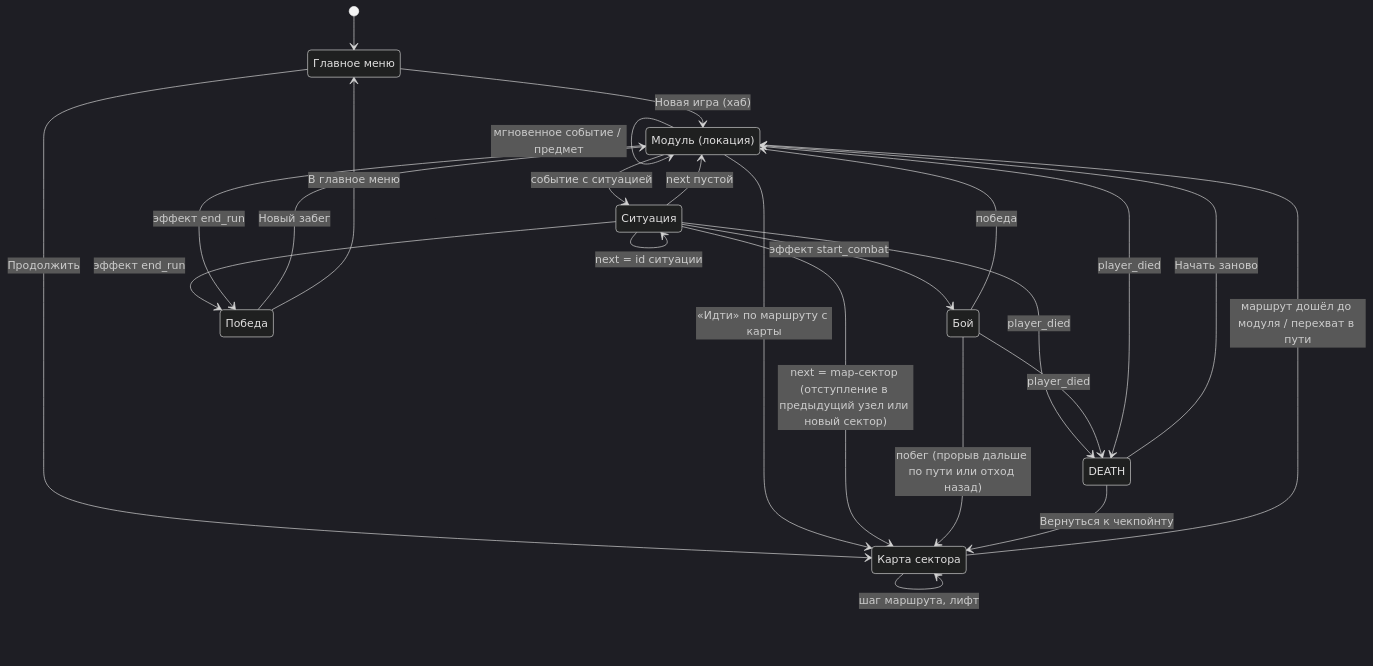
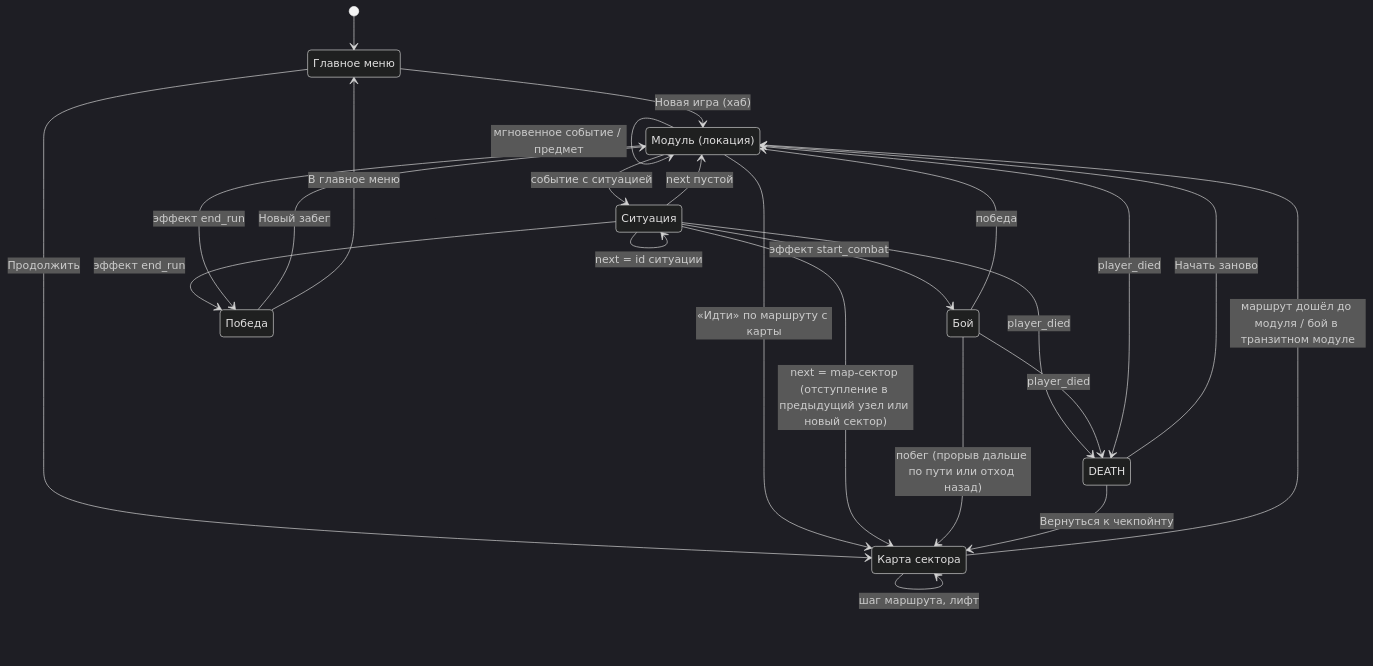
Before and after one commit to Frederick1122/CosmosText: the diagram in docs/ARCHITECTURE.md, drawn with Mermaid (dark theme). The commit also changed other lines of this file and 30 other files, not shown here.

Commit message:
Дни, силы и голод (NeedsSystem): сон на базе с чекпойнтом, обмороки, еда; база и каюты без расхода O2; ползунки шрифта и громкости; «Лифт к 02»; инфо-предметы вне сумки; стрельба только с огнестрелом; в пути останавливает только бой

````diff
--- a/docs/ARCHITECTURE.md
+++ b/docs/ARCHITECTURE.md
@@ -88,33 +89,33 @@
 ```mermaid
 stateDiagram-v2
     state "Главное меню" as MENU
     state "Карта сектора" as MAP
     state "Модуль (локация)" as LOC
     state "Ситуация" as SIT
     state "Бой" as COMBAT
     state "Победа" as WIN
 
     [*] --> MENU
     MENU --> LOC: Новая игра (хаб)
     MENU --> MAP: Продолжить
-    MAP --> LOC: маршрут дошёл до модуля / перехват в пути
+    MAP --> LOC: маршрут дошёл до модуля / бой в транзитном модуле
     MAP --> MAP: шаг маршрута, лифт
     LOC --> SIT: событие с ситуацией
     LOC --> LOC: мгновенное событие / предмет
     LOC --> MAP: «Идти» по маршруту с карты
     SIT --> SIT: next = id ситуации
     SIT --> LOC: next пустой
     SIT --> MAP: next = map-сектор (отступление в предыдущий узел или новый сектор)
     SIT --> COMBAT: эффект start_combat
     COMBAT --> LOC: победа
     COMBAT --> MAP: побег (прорыв дальше по пути или отход назад)
     SIT --> DEATH: player_died
     COMBAT --> DEATH: player_died
     LOC --> DEATH: player_died
     DEATH --> LOC: Начать заново
     DEATH --> MAP: Вернуться к чекпойнту
     SIT --> WIN: эффект end_run
     LOC --> WIN: эффект end_run
     WIN --> LOC: Новый забег
     WIN --> MENU: В главное меню
 ```
````
